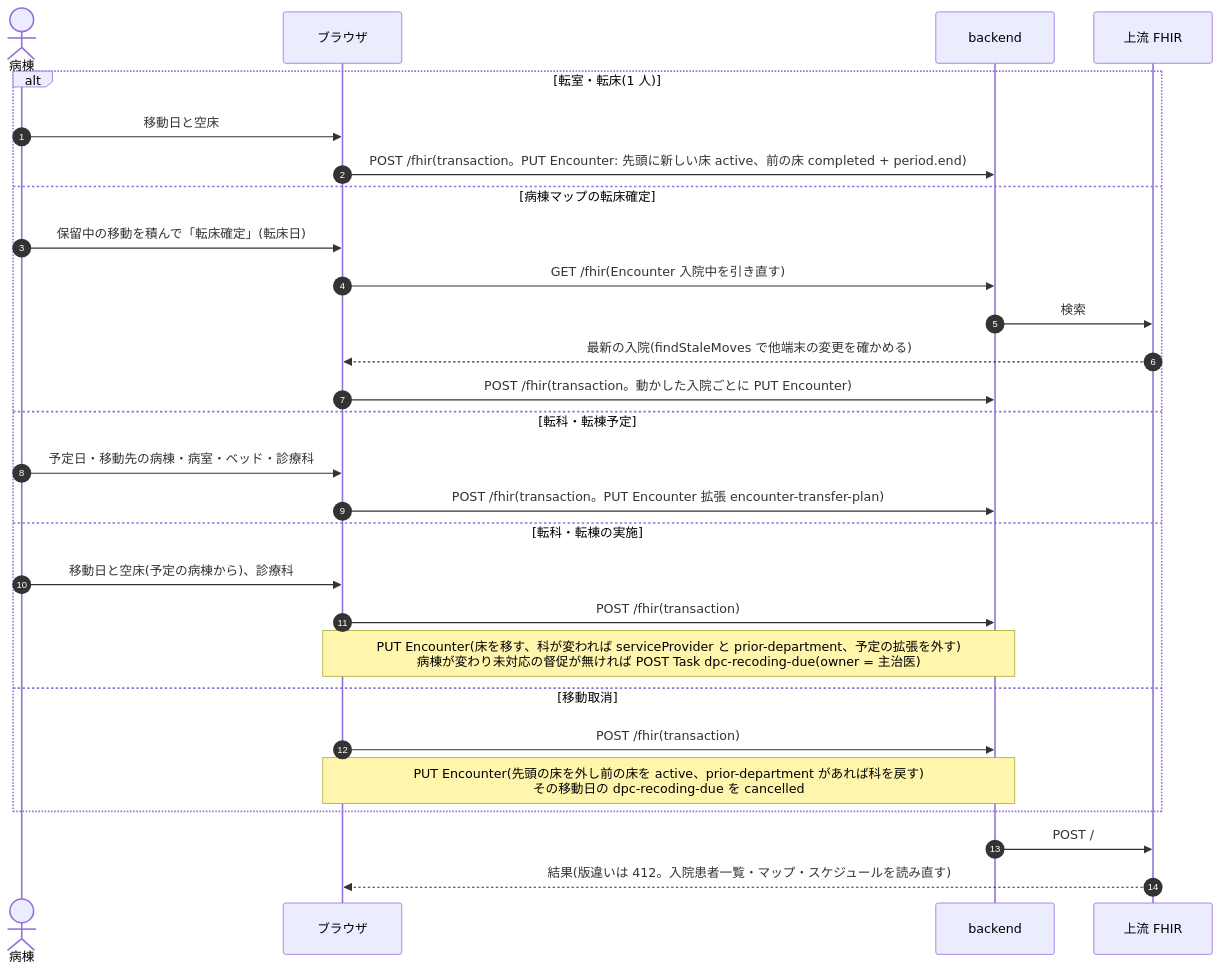
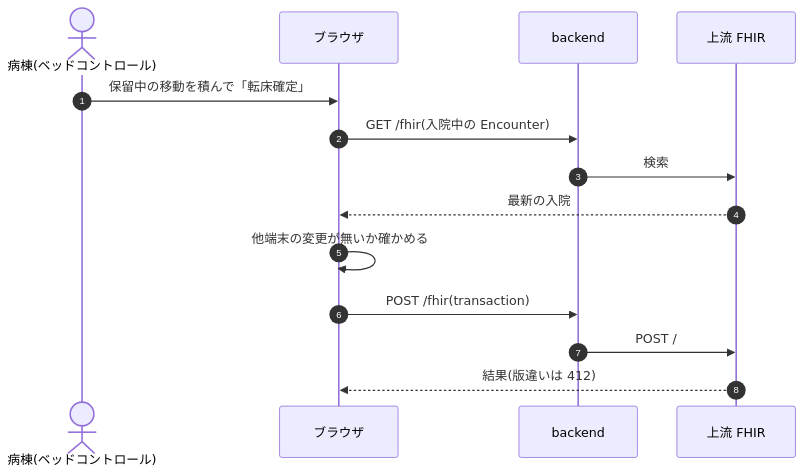
One commit to ysnr-dev/fhir-client-docs changed the third of 7 diagrams in docs/dev/admission-discharge.md. Above: the diagram before and after it, drawn with Mermaid. The commit also changed other lines of this file and 43 other files, not shown here.

Commit message:
docs: 業務フローとシーケンス図を写し直し

````diff
--- a/docs/dev/admission-discharge.md
+++ b/docs/dev/admission-discharge.md
@@ -96,31 +165,17 @@
 ```mermaid
 sequenceDiagram
   autonumber
-  actor Ns as 病棟
+  actor Ns as 病棟(ベッドコントロール)
   participant UI as ブラウザ
   participant BE as backend
   participant FHIR as 上流 FHIR
 
-  alt 転室・転床(1 人)
-    Ns->>UI: 移動日と空床
-    UI->>BE: POST /fhir(transaction。PUT Encounter: 先頭に新しい床 active、前の床 completed + period.end)
-  else 病棟マップの転床確定
-    Ns->>UI: 保留中の移動を積んで「転床確定」(転床日)
-    UI->>BE: GET /fhir(Encounter 入院中を引き直す)
-    BE->>FHIR: 検索
-    FHIR-->>UI: 最新の入院(findStaleMoves で他端末の変更を確かめる)
-    UI->>BE: POST /fhir(transaction。動かした入院ごとに PUT Encounter)
-  else 転科・転棟予定
-    Ns->>UI: 予定日・移動先の病棟・病室・ベッド・診療科
-    UI->>BE: POST /fhir(transaction。PUT Encounter 拡張 encounter-transfer-plan)
-  else 転科・転棟の実施
-    Ns->>UI: 移動日と空床(予定の病棟から)、診療科
-    UI->>BE: POST /fhir(transaction)
-    Note over UI,BE: PUT Encounter(床を移す、科が変われば serviceProvider と prior-department、予定の拡張を外す)<br/>病棟が変わり未対応の督促が無ければ POST Task dpc-recoding-due(owner = 主治医)
-  else 移動取消
-    UI->>BE: POST /fhir(transaction)
-    Note over UI,BE: PUT Encounter(先頭の床を外し前の床を active、prior-department があれば科を戻す)<br/>その移動日の dpc-recoding-due を cancelled
-  end
+  Ns->>UI: 保留中の移動を積んで「転床確定」
+  UI->>BE: GET /fhir(入院中の Encounter)
+  BE->>FHIR: 検索
+  FHIR-->>UI: 最新の入院
+  UI->>UI: 他端末の変更が無いか確かめる
+  UI->>BE: POST /fhir(transaction)
   BE->>FHIR: POST /
-  FHIR-->>UI: 結果(版違いは 412。入院患者一覧・マップ・スケジュールを読み直す)
+  FHIR-->>UI: 結果(版違いは 412)
 ```
````
